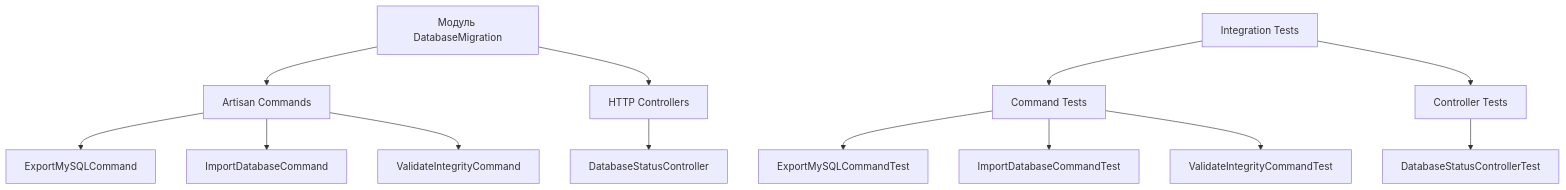
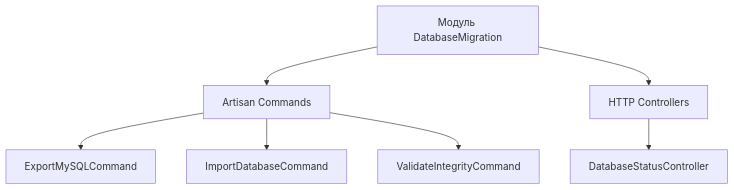
The third of 3 diagrams in Doc/Issue/2026/01/TZ1_01_Database-Schema-Migration-MySQL-to-SQLite/Stages/Stage1_TaskForDev.md (vendelev/MyDrevo), drawn with Mermaid before and after one commit. The commit also changed other lines of this file and 1 other file, not shown here.

````diff
--- a/Doc/Issue/2026/01/TZ1_01_Database-Schema-Migration-MySQL-to-SQLite/Stages/Stage1_TaskForDev.md
+++ b/Doc/Issue/2026/01/TZ1_01_Database-Schema-Migration-MySQL-to-SQLite/Stages/Stage1_TaskForDev.md
@@ -154,20 +137,11 @@
 ```mermaid
 flowchart TD
     DatabaseMigration[Модуль DatabaseMigration] --> Commands[Artisan Commands]
     DatabaseMigration --> Controllers[HTTP Controllers]
 
     Commands --> ExportCmd[ExportMySQLCommand]
     Commands --> ImportCmd[ImportDatabaseCommand]
     Commands --> ValidateCmd[ValidateIntegrityCommand]
 
     Controllers --> StatusCtrl[DatabaseStatusController]
-
-    Tests[Integration Tests] --> CmdTests[Command Tests]
-    Tests --> CtrlTests[Controller Tests]
-
-    CmdTests --> ExportTest[ExportMySQLCommandTest]
-    CmdTests --> ImportTest[ImportDatabaseCommandTest]
-    CmdTests --> ValidateTest[ValidateIntegrityCommandTest]
-
-    CtrlTests --> StatusTest[DatabaseStatusControllerTest]
 ```
````
